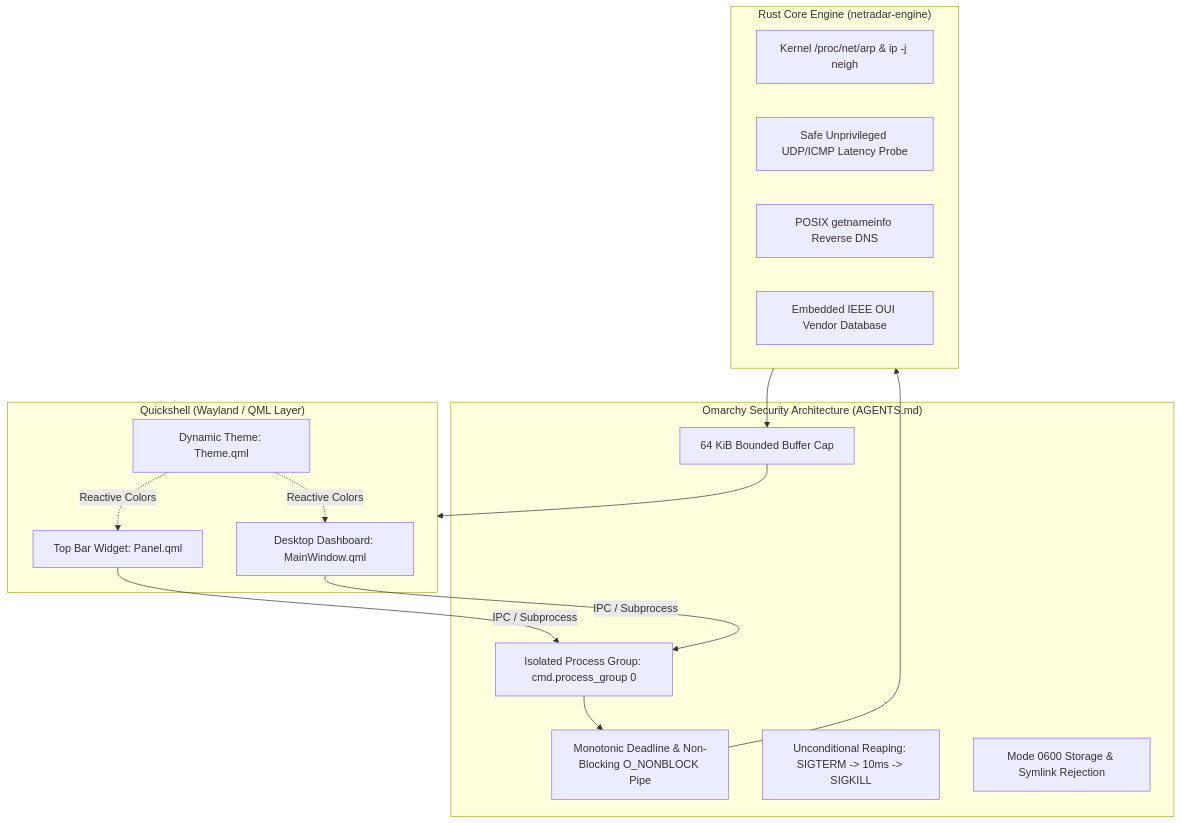
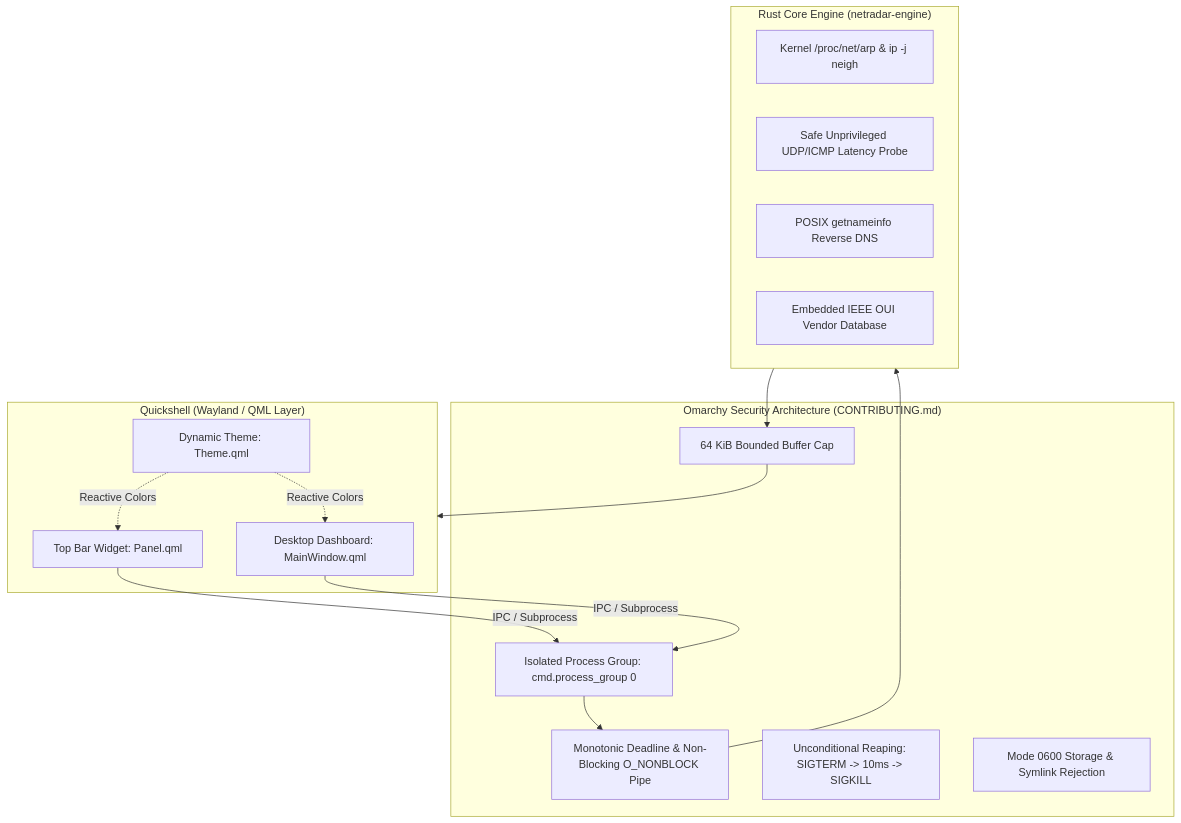
One commit to ozdil/omarchy-netradar changed the diagram in README.md. Above: the diagram before and after it, drawn with Mermaid. The commit also changed other lines of this file and 12 other files, not shown here.

````diff
--- a/README.md
+++ b/README.md
@@ -39,30 +39,30 @@
 ```mermaid
 flowchart TD
     subgraph UI ["Quickshell (Wayland / QML Layer)"]
         A[Top Bar Widget: Panel.qml]
         B[Desktop Dashboard: MainWindow.qml]
         C[Dynamic Theme: Theme.qml]
         C -.->|Reactive Colors| A
         C -.->|Reactive Colors| B
     end
 
-    subgraph Security ["Omarchy Security Architecture (AGENTS.md)"]
+    subgraph Security ["Omarchy Security Architecture (CONTRIBUTING.md)"]
         D[Isolated Process Group: cmd.process_group 0]
         E[Monotonic Deadline & Non-Blocking O_NONBLOCK Pipe]
         F[Unconditional Reaping: SIGTERM -> 10ms -> SIGKILL]
         G[64 KiB Bounded Buffer Cap]
         H[Mode 0600 Storage & Symlink Rejection]
     end
 
     subgraph Engine ["Rust Core Engine (netradar-engine)"]
         I[Kernel /proc/net/arp & ip -j neigh]
         J[Safe Unprivileged UDP/ICMP Latency Probe]
         K[POSIX getnameinfo Reverse DNS]
         L[Embedded IEEE OUI Vendor Database]
     end
 
     A -->|IPC / Subprocess| D
     B -->|IPC / Subprocess| D
     D --> E --> Engine
     Engine --> G --> UI
 ```
````
